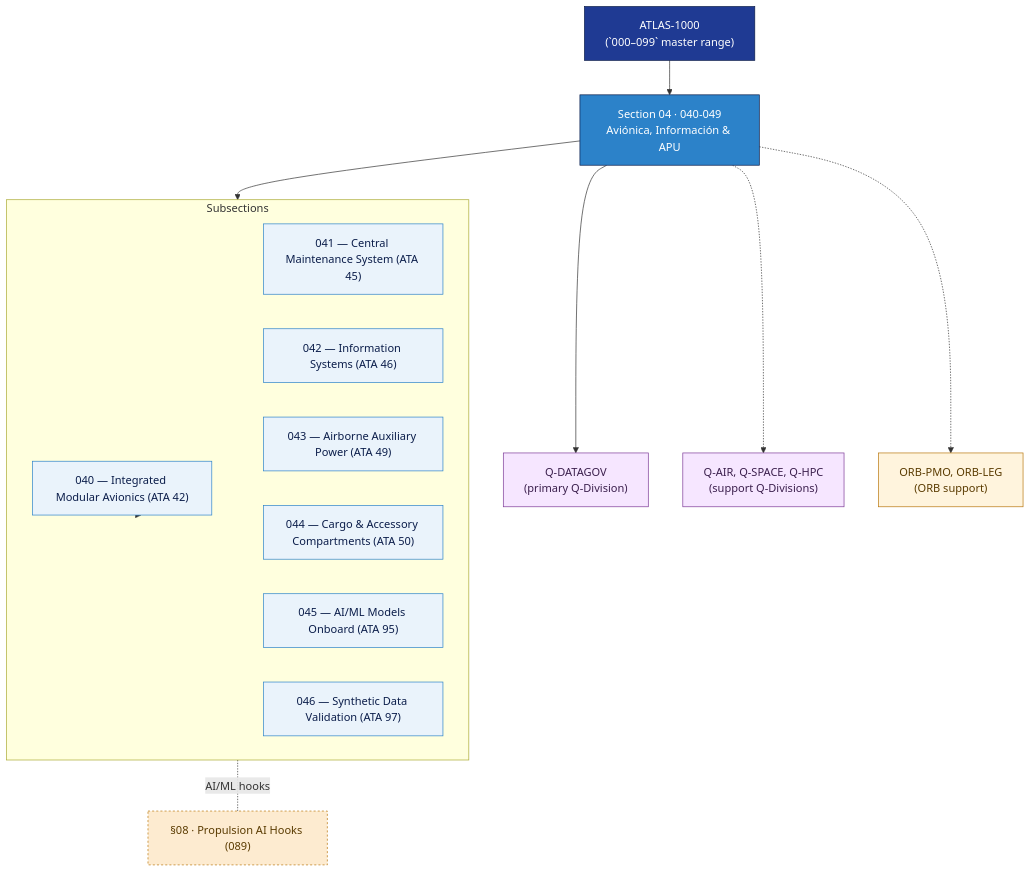
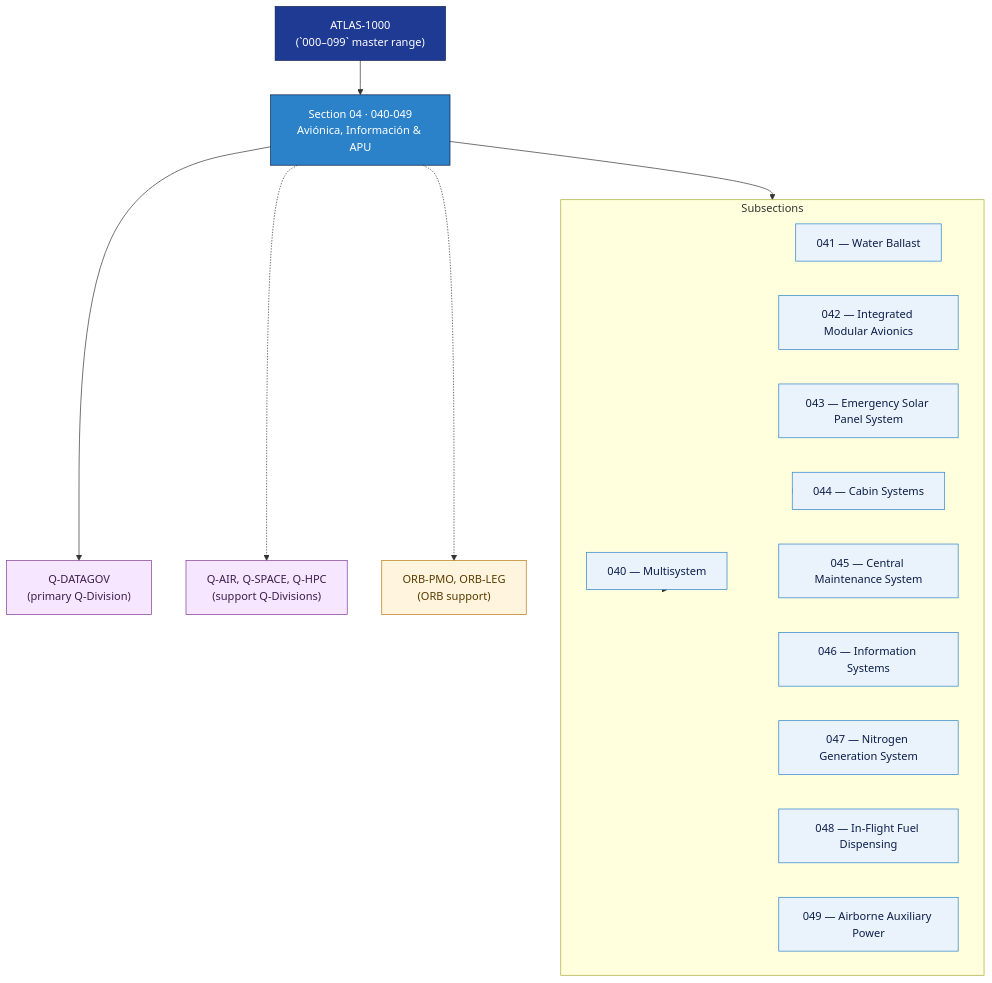
Before and after one commit to AmedeoPelliccia/Qplus-For-All-Queer-People-and-Quantum: the diagram in Q+ATLANTIDE/000-099_ATLAS/040-049_Avionica-Informacion-y-APU/README.md, drawn with Mermaid. The commit also changed other lines of this file and 10 other files, not shown here.

````diff
--- a/Q+ATLANTIDE/000-099_ATLAS/040-049_Avionica-Informacion-y-APU/README.md
+++ b/Q+ATLANTIDE/000-099_ATLAS/040-049_Avionica-Informacion-y-APU/README.md
@@ -52,43 +55,46 @@
 ```mermaid
 flowchart TB
     PARENT["ATLAS-1000<br/>(`000–099` master range)"]:::parent
     SEC["Section 04 · 040-049<br/>Aviónica, Información & APU"]:::sec
     PARENT --> SEC
 
     subgraph SUBS["Subsections"]
         direction LR
-        SUB_040["040 — Integrated Modular Avionics (ATA 42)"]:::sub
-        SUB_041["041 — Central Maintenance System (ATA 45)"]:::sub
-        SUB_042["042 — Information Systems (ATA 46)"]:::sub
-        SUB_043["043 — Airborne Auxiliary Power (ATA 49)"]:::sub
-        SUB_044["044 — Cargo & Accessory Compartments (ATA 50)"]:::sub
-        SUB_045["045 — AI/ML Models Onboard (ATA 95)"]:::sub
-        SUB_046["046 — Synthetic Data Validation (ATA 97)"]:::sub
+        SUB_040["040 — Multisystem"]:::sub
+        SUB_041["041 — Water Ballast"]:::sub
+        SUB_042["042 — Integrated Modular Avionics"]:::sub
+        SUB_043["043 — Emergency Solar Panel System"]:::sub
+        SUB_044["044 — Cabin Systems"]:::sub
+        SUB_045["045 — Central Maintenance System"]:::sub
+        SUB_046["046 — Information Systems"]:::sub
+        SUB_047["047 — Nitrogen Generation System"]:::sub
+        SUB_048["048 — In-Flight Fuel Dispensing"]:::sub
+        SUB_049["049 — Airborne Auxiliary Power"]:::sub
     end
     SEC --> SUBS
 
     QPRIM["Q-DATAGOV<br/>(primary Q-Division)"]:::qdiv
     QSUPP["Q-AIR, Q-SPACE, Q-HPC<br/>(support Q-Divisions)"]:::qdiv
     ORB["ORB-PMO, ORB-LEG<br/>(ORB support)"]:::orb
 
     SEC --> QPRIM
     SEC -.-> QSUPP
     SEC -.-> ORB
 
     SUBS --> SUB_040
     SUBS --> SUB_041
     SUBS --> SUB_042
     SUBS --> SUB_043
     SUBS --> SUB_044
     SUBS --> SUB_045
     SUBS --> SUB_046
-    EXT_S08["§08 · Propulsion AI Hooks (089)"]:::ext
-    SUB_045 -. "AI/ML hooks" .- EXT_S08
+    SUBS --> SUB_047
+    SUBS --> SUB_048
+    SUBS --> SUB_049
 
     classDef parent fill:#1f3a93,stroke:#0b1d4a,color:#fff
     classDef sec fill:#2c82c9,stroke:#0b1d4a,color:#fff
     classDef sub fill:#eaf3fb,stroke:#2c82c9,color:#0b1d4a
     classDef qdiv fill:#f6e6ff,stroke:#7d3c98,color:#3b1f4d
     classDef orb fill:#fff4dd,stroke:#b9770e,color:#5a3b00
-    classDef ext fill:#fdebd0,stroke:#b9770e,color:#5a3b00,stroke-dasharray:3 3
 ```
````
